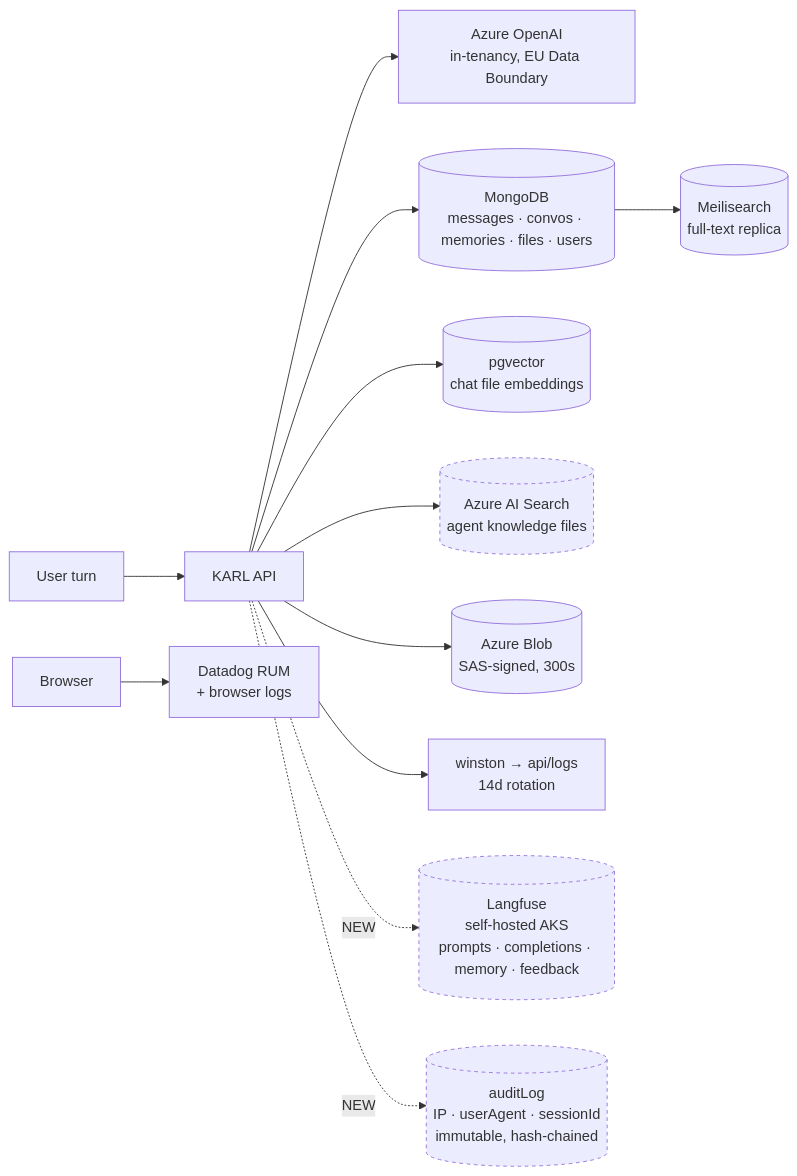
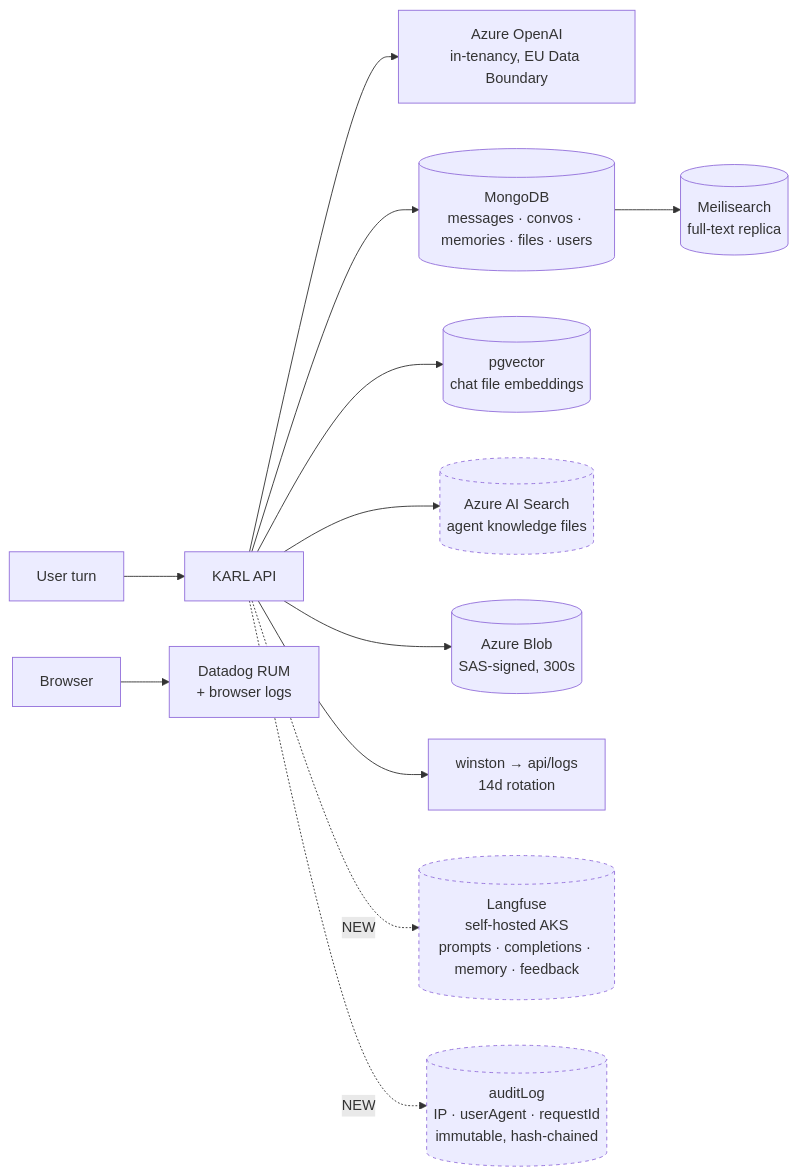
The diagram in knauf/docs/privacy/workstream.md (Falenos/LibreChat), drawn with Mermaid before and after one commit. The commit also changed other lines of this file and 2 other files, not shown here.

````diff
--- a/knauf/docs/privacy/workstream.md
+++ b/knauf/docs/privacy/workstream.md
@@ -29,18 +30,18 @@
 ```mermaid
 flowchart LR
   U[User turn] --> API[KARL API]
   API --> AOAI[Azure OpenAI<br/>in-tenancy, EU Data Boundary]
   API --> MONGO[(MongoDB<br/>messages · convos · memories · files · users)]
   MONGO --> MEILI[(Meilisearch<br/>full-text replica)]
   API --> PG[(pgvector<br/>chat file embeddings)]
   API --> AIS[(Azure AI Search<br/>agent knowledge files)]
   API --> BLOB[(Azure Blob<br/>SAS-signed, 300s)]
   API --> LOGS[winston → api/logs<br/>14d rotation]
   API -.NEW.-> LF[(Langfuse<br/>self-hosted AKS<br/>prompts · completions · memory · feedback)]
-  API -.NEW.-> AUD[(auditLog<br/>IP · userAgent · sessionId<br/>immutable, hash-chained)]
+  API -.NEW.-> AUD[(auditLog<br/>IP · userAgent · requestId<br/>immutable, hash-chained)]
   CLIENT[Browser] --> DD[Datadog RUM<br/>+ browser logs]
 
   style LF stroke-dasharray: 4 4
   style AUD stroke-dasharray: 4 4
   style AIS stroke-dasharray: 4 4
 ```
````
